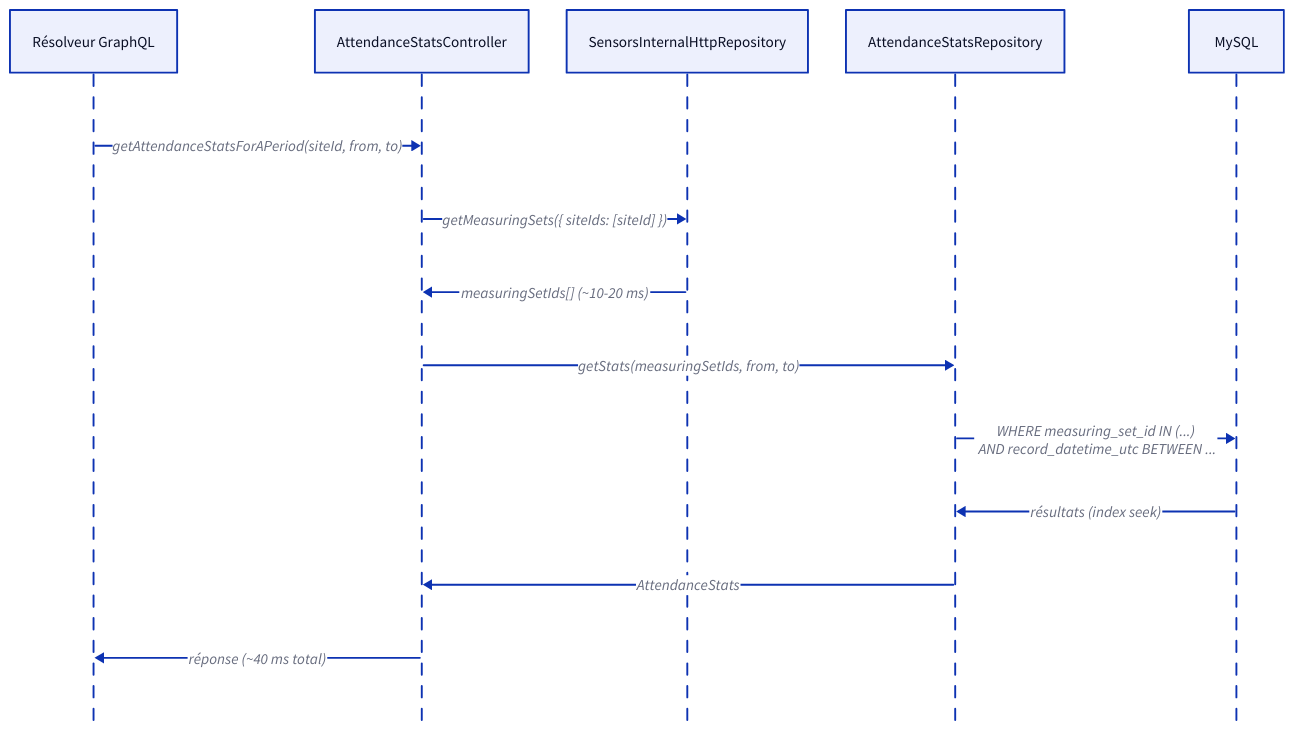
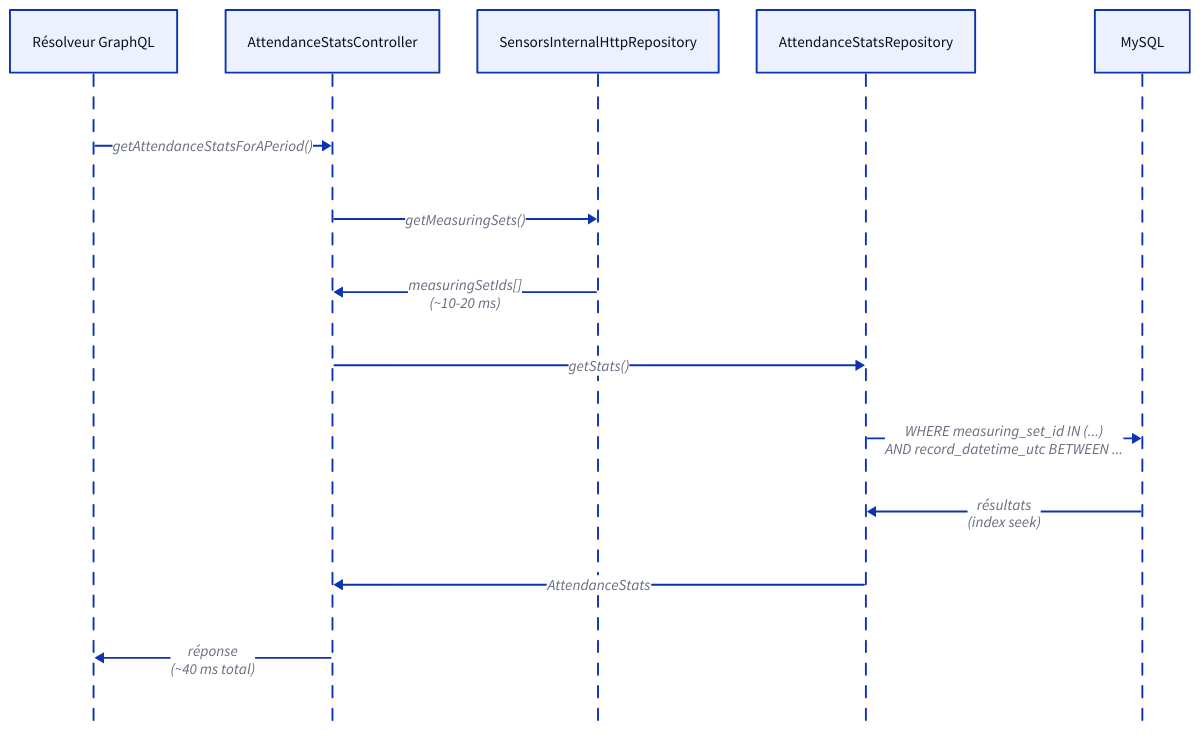
The diagram in assets/d2/query_optimization_sequence.d2 (TomPlanche/first-year-thesis), drawn with D2 before and after one commit. The commit also changed 4 other files, not shown here.

```diff
--- a/assets/d2/query_optimization_sequence.d2
+++ b/assets/d2/query_optimization_sequence.d2
@@ -1,19 +1,19 @@
 shape: sequence_diagram
 
 resolver: "Résolveur GraphQL"
 controller: "AttendanceStatsController"
 sensors: "SensorsInternalHttpRepository"
 repo: "AttendanceStatsRepository"
 db: "MySQL"
 
-resolver -> controller: "getAttendanceStatsForAPeriod(siteId, from, to)"
+resolver -> controller: "getAttendanceStatsForAPeriod()"
 
-controller -> sensors: "getMeasuringSets({ siteIds: [siteId] })"
-sensors -> controller: "measuringSetIds[]  (~10-20 ms)"
+controller -> sensors: "getMeasuringSets()"
+sensors -> controller: "measuringSetIds[]\n(~10-20 ms)"
 
-controller -> repo: "getStats(measuringSetIds, from, to)"
-repo -> db: "WHERE measuring_set_id IN (...)\n  AND record_datetime_utc BETWEEN ..."
-db -> repo: "résultats (index seek)"
+controller -> repo: "getStats()"
+repo -> db: "WHERE measuring_set_id IN (...)\nAND record_datetime_utc BETWEEN ..."
+db -> repo: "résultats\n(index seek)"
 repo -> controller: "AttendanceStats"
 
-controller -> resolver: "réponse (~40 ms total)"
+controller -> resolver: "réponse\n(~40 ms total)"
```
